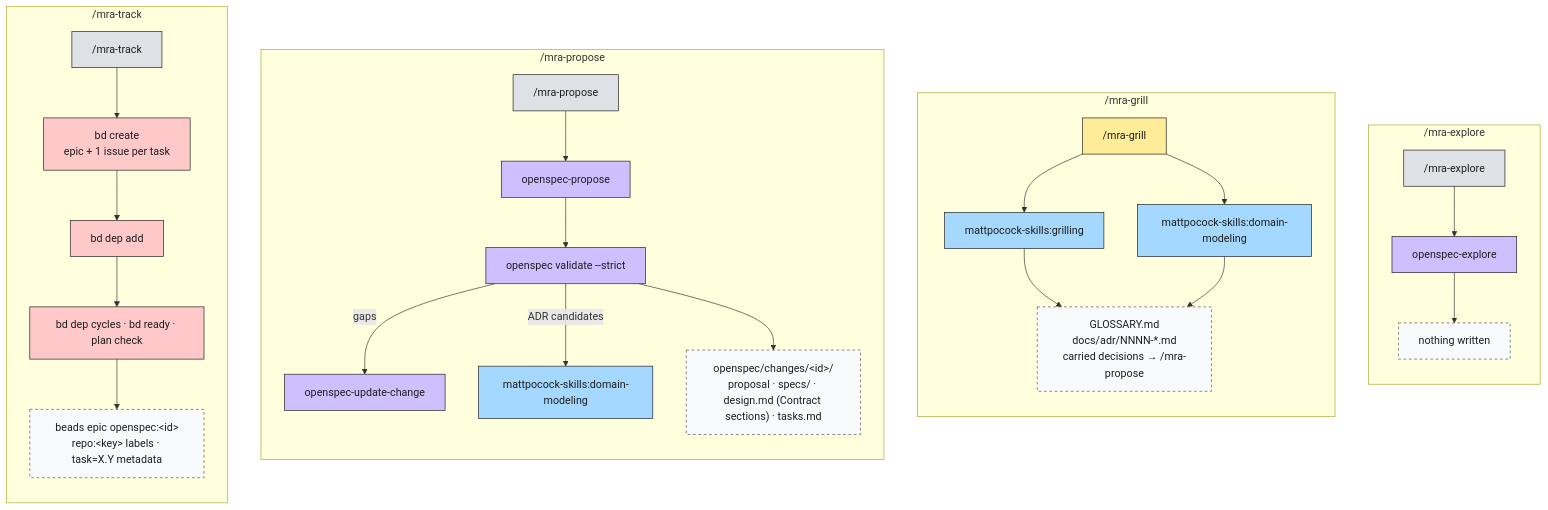
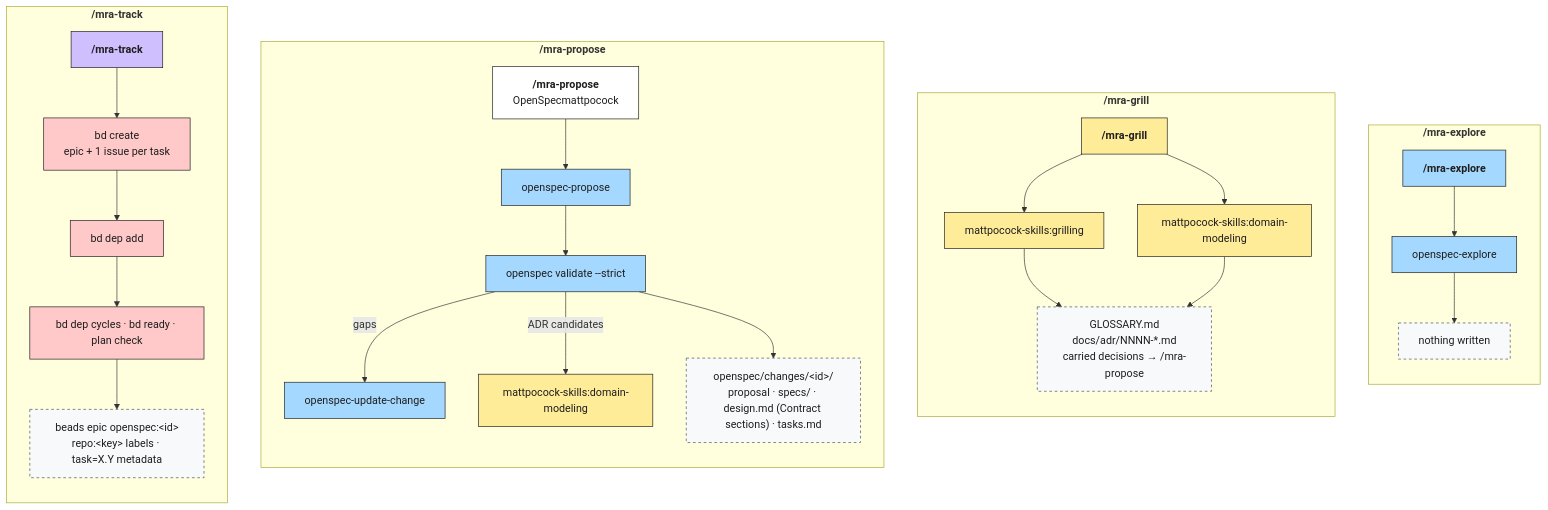
The second of 5 diagrams in payload/orchestrator/.mra-flow/docs/mra-flow.md (Ancora-Ancora/mra-flow), drawn with Mermaid before and after one commit. The commit also changed other lines of this file and 3 other files, not shown here.

First line of the commit message:
Colour the workflow diagram by skill family, add an Excalidraw version; release 0.1.18

````diff
--- a/payload/orchestrator/.mra-flow/docs/mra-flow.md
+++ b/payload/orchestrator/.mra-flow/docs/mra-flow.md
@@ -70,37 +88,42 @@
 ```mermaid
+%%{init: {"themeCSS": ".t{font-size:1.25em;font-weight:700} .bos,.bsp,.bmp,.bcu{padding:2px 6px} .bos{background:#a5d8ff} .bsp{background:#b2f2bb} .bmp{background:#ffec99} .bcu{background:#d0bfff}"}}%%
 flowchart TB
-    classDef phase fill:#dee2e6,stroke:#1e1e1e,color:#1e1e1e
+    classDef phase fill:#d0bfff,stroke:#1e1e1e,color:#1e1e1e
+    classDef oswrap fill:#a5d8ff,stroke:#1e1e1e,color:#1e1e1e
+    classDef striped fill:#ffffff,stroke:#1e1e1e,color:#1e1e1e
+    classDef stripedopt fill:#ffffff,stroke:#1e1e1e,stroke-dasharray:5 5,color:#1e1e1e
+    classDef spwrap fill:#b2f2bb,stroke:#1e1e1e,color:#1e1e1e
     classDef mpwrap fill:#ffec99,stroke:#1e1e1e,color:#1e1e1e
     classDef sp fill:#b2f2bb,stroke:#1e1e1e,color:#1e1e1e
-    classDef mp fill:#a5d8ff,stroke:#1e1e1e,color:#1e1e1e
-    classDef os fill:#d0bfff,stroke:#1e1e1e,color:#1e1e1e
+    classDef mp fill:#ffec99,stroke:#1e1e1e,color:#1e1e1e
+    classDef os fill:#a5d8ff,stroke:#1e1e1e,color:#1e1e1e
     classDef bd fill:#ffc9c9,stroke:#1e1e1e,color:#1e1e1e
     classDef art fill:#f8f9fa,stroke:#495057,stroke-dasharray:4 4,color:#1e1e1e
 
-    subgraph EX["/mra-explore"]
+    subgraph EX["<b class='t'>/mra-explore</b>"]
         direction TB
-        ex["/mra-explore"]:::phase --> ex1["openspec-explore"]:::os
+        ex["<b class='t'>/mra-explore</b>"]:::oswrap --> ex1["openspec-explore"]:::os
         ex1 --> exA["nothing written"]:::art
     end
-    subgraph GR["/mra-grill"]
+    subgraph GR["<b class='t'>/mra-grill</b>"]
         direction TB
-        gr["/mra-grill"]:::mpwrap --> gr1["mattpocock-skills:grilling"]:::mp
+        gr["<b class='t'>/mra-grill</b>"]:::mpwrap --> gr1["mattpocock-skills:grilling"]:::mp
         gr --> gr2["mattpocock-skills:domain-modeling"]:::mp
         gr1 & gr2 --> grA["GLOSSARY.md<br/>docs/adr/NNNN-*.md<br/>carried decisions → /mra-propose"]:::art
     end
-    subgraph PR["/mra-propose"]
+    subgraph PR["<b class='t'>/mra-propose</b>"]
         direction TB
-        pr["/mra-propose"]:::phase --> pr1["openspec-propose"]:::os
+        pr["<b class='t'>/mra-propose</b><br/><span class='bos'>OpenSpec</span><span class='bmp'>mattpocock</span>"]:::striped --> pr1["openspec-propose"]:::os
         pr1 --> pr2["openspec validate --strict"]:::os
         pr2 -- gaps --> pr3["openspec-update-change"]:::os
         pr2 -- ADR candidates --> pr4["mattpocock-skills:domain-modeling"]:::mp
         pr2 --> prA["openspec/changes/#lt;id#gt;/<br/>proposal · specs/ · design.md (Contract sections) · tasks.md"]:::art
     end
-    subgraph TR["/mra-track"]
+    subgraph TR["<b class='t'>/mra-track</b>"]
         direction TB
-        tr["/mra-track"]:::phase --> tr1["bd create<br/>epic + 1 issue per task"]:::bd
+        tr["<b class='t'>/mra-track</b>"]:::phase --> tr1["bd create<br/>epic + 1 issue per task"]:::bd
         tr1 --> tr2["bd dep add"]:::bd
         tr2 --> tr3["bd dep cycles · bd ready · plan check"]:::bd
         tr3 --> trA["beads epic openspec:#lt;id#gt;<br/>repo:#lt;key#gt; labels · task=X.Y metadata"]:::art
     end
 ```
````
